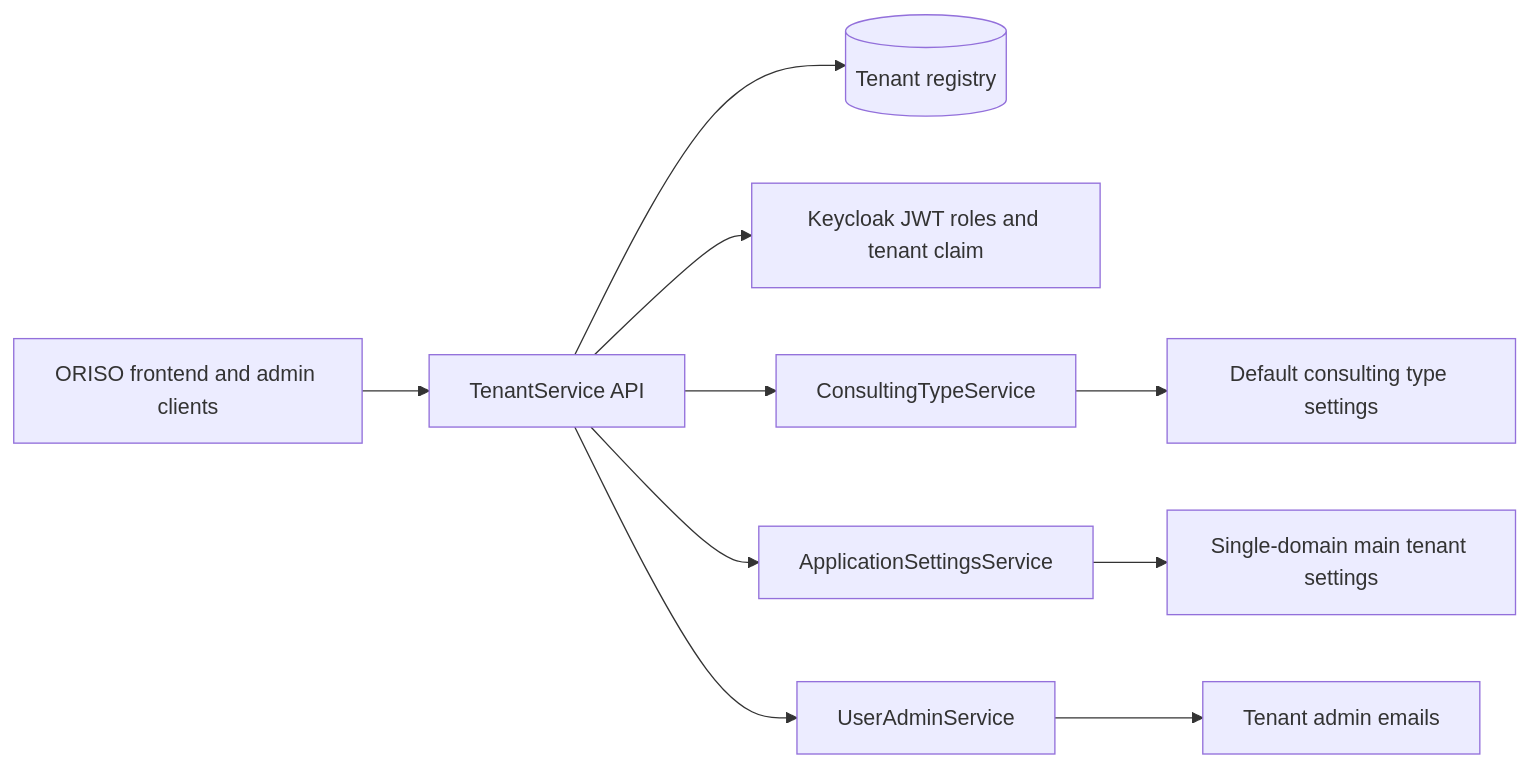
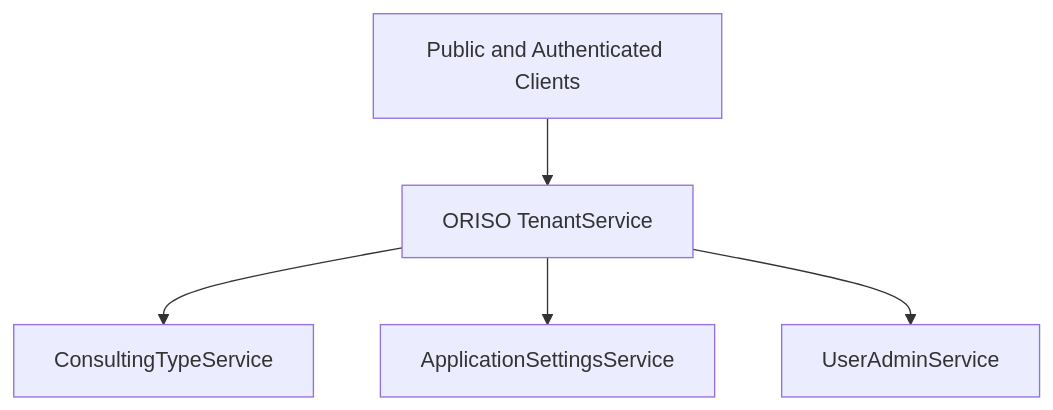
The diagram in .understand-anything/visuals/ecosystem-flow.mmd (OpenResilienceInitiative/ORISO-TenantService), drawn with Mermaid before and after one commit. The commit also changed 16 other files, not shown here.

First line of the commit message:
docs(graph): update Understand-Anything graph

```diff
--- a/.understand-anything/visuals/ecosystem-flow.mmd
+++ b/.understand-anything/visuals/ecosystem-flow.mmd
@@ -1,10 +1,5 @@
-flowchart LR
-  Frontend[ORISO frontend and admin clients] --> TenantAPI[TenantService API]
-  TenantAPI --> TenantDB[(Tenant registry)]
-  TenantAPI --> Keycloak[Keycloak JWT roles and tenant claim]
-  TenantAPI --> Consulting[ConsultingTypeService]
-  TenantAPI --> AppSettings[ApplicationSettingsService]
-  TenantAPI --> UserAdmin[UserAdminService]
-  Consulting --> Defaults[Default consulting type settings]
-  AppSettings --> SingleDomain[Single-domain main tenant settings]
-  UserAdmin --> Emails[Tenant admin emails]
+flowchart TD
+  TenantService[ORISO TenantService] --> ConsultingType[ConsultingTypeService]
+  TenantService --> ApplicationSettings[ApplicationSettingsService]
+  TenantService --> UserAdmin[UserAdminService]
+  Clients[Public and Authenticated Clients] --> TenantService
```
